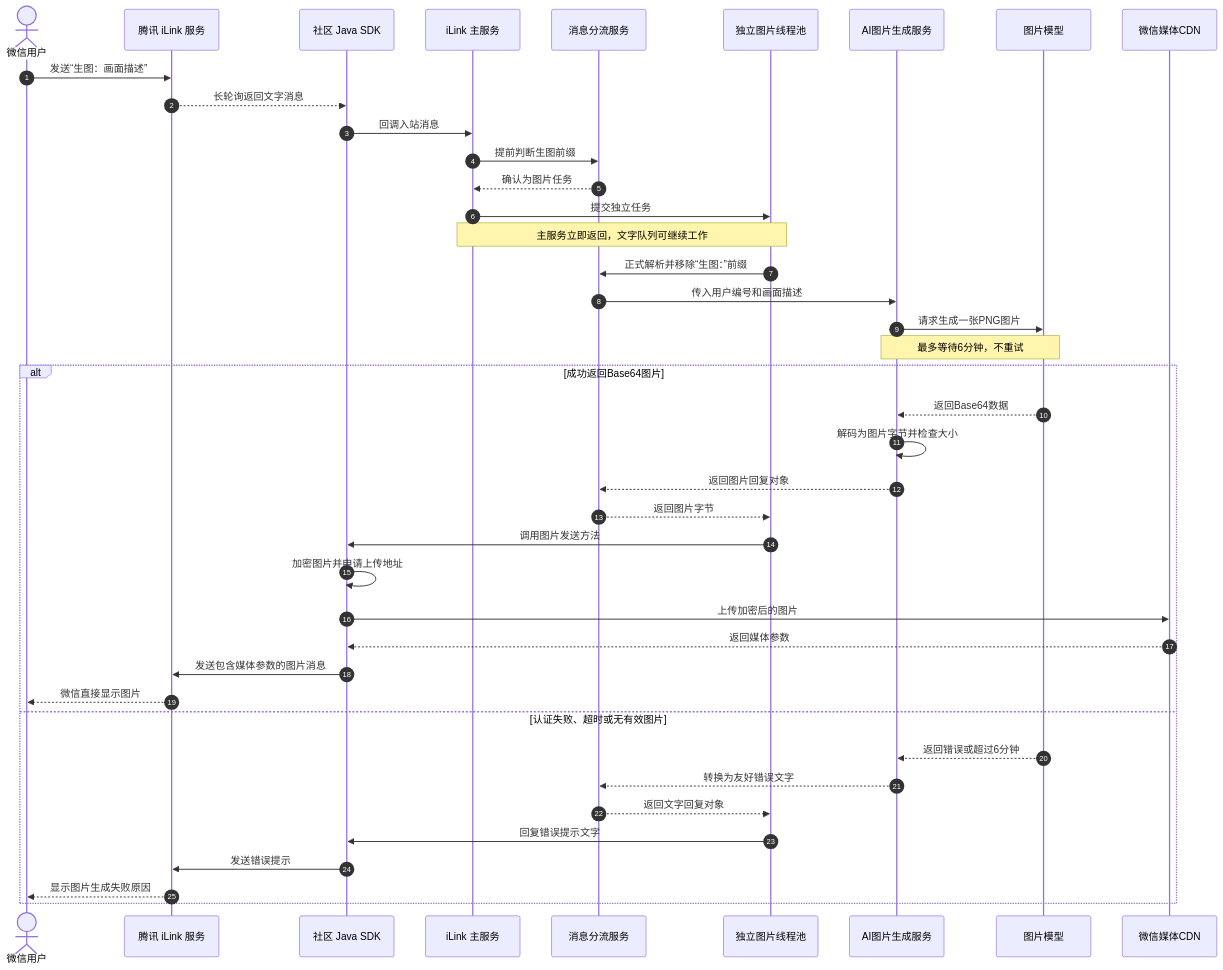
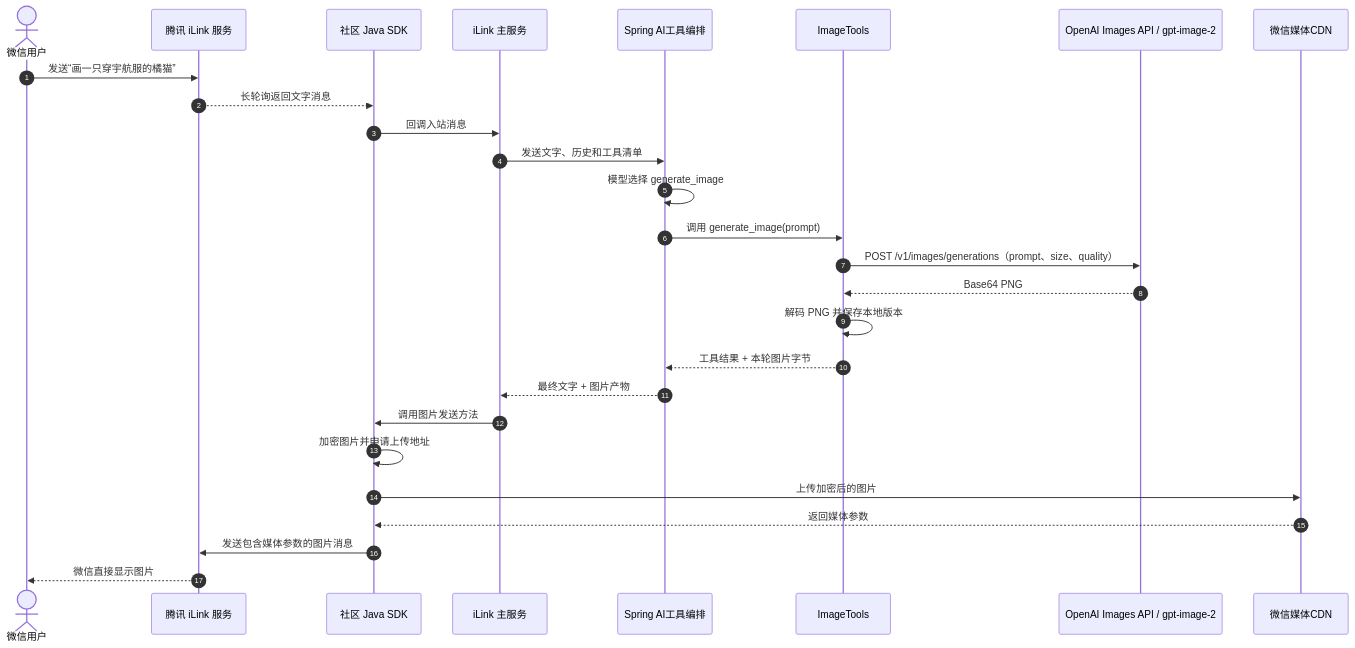
The fifth of 7 diagrams in docs/architecture/ILINK_PROJECT_SEQUENCE_GUIDE.md (TianJinYing2006/openclaw), drawn with Mermaid before and after one commit. The commit also changed other lines of this file and 65 other files, not shown here.

Commit message:
feat: 完善微信 Agent 工具编排与 OSS 图片资产

````diff
--- a/docs/architecture/ILINK_PROJECT_SEQUENCE_GUIDE.md
+++ b/docs/architecture/ILINK_PROJECT_SEQUENCE_GUIDE.md
@@ -288,44 +285,30 @@
 ```mermaid
 sequenceDiagram
     autonumber
     actor 用户 as 微信用户
     participant 腾讯 as 腾讯 iLink 服务
     participant SDK as 社区 Java SDK
     participant 主服务 as iLink 主服务
-    participant 分流 as 消息分流服务
-    participant 图片队列 as 独立图片线程池
-    participant 生图服务 as AI图片生成服务
-    participant 模型 as 图片模型
+    participant 编排 as Spring AI工具编排
+    participant 工具 as ImageTools
+    participant 图片接口 as OpenAI Images API / gpt-image-2
     participant CDN as 微信媒体CDN
 
-    用户->>腾讯: 发送“生图：画面描述”
+    用户->>腾讯: 发送“画一只穿宇航服的橘猫”
     腾讯-->>SDK: 长轮询返回文字消息
     SDK->>主服务: 回调入站消息
-    主服务->>分流: 提前判断生图前缀
-    分流-->>主服务: 确认为图片任务
-    主服务->>图片队列: 提交独立任务
-    Note over 主服务,图片队列: 主服务立即返回，文字队列可继续工作
-    图片队列->>分流: 正式解析并移除“生图：”前缀
-    分流->>生图服务: 传入用户编号和画面描述
-    生图服务->>模型: 请求生成一张PNG图片
-    Note over 生图服务,模型: 最多等待6分钟，不重试
-    alt 成功返回Base64图片
-        模型-->>生图服务: 返回Base64数据
-        生图服务->>生图服务: 解码为图片字节并检查大小
-        生图服务-->>分流: 返回图片回复对象
-        分流-->>图片队列: 返回图片字节
-        图片队列->>SDK: 调用图片发送方法
+    主服务->>编排: 发送文字、历史和工具清单
+    编排->>编排: 模型选择 generate_image
+    编排->>工具: 调用 generate_image(prompt)
+    工具->>图片接口: POST /v1/images/generations（prompt、size、quality）
+    图片接口-->>工具: Base64 PNG
+    工具->>工具: 解码 PNG 并保存本地版本
+    工具-->>编排: 工具结果 + 本轮图片字节
+    编排-->>主服务: 最终文字 + 图片产物
+    主服务->>SDK: 调用图片发送方法
         SDK->>SDK: 加密图片并申请上传地址
         SDK->>CDN: 上传加密后的图片
         CDN-->>SDK: 返回媒体参数
         SDK->>腾讯: 发送包含媒体参数的图片消息
         腾讯-->>用户: 微信直接显示图片
-    else 认证失败、超时或无有效图片
-        模型-->>生图服务: 返回错误或超过6分钟
-        生图服务-->>分流: 转换为友好错误文字
-        分流-->>图片队列: 返回文字回复对象
-        图片队列->>SDK: 回复错误提示文字
-        SDK->>腾讯: 发送错误提示
-        腾讯-->>用户: 显示图片生成失败原因
-    end
 ```
````
